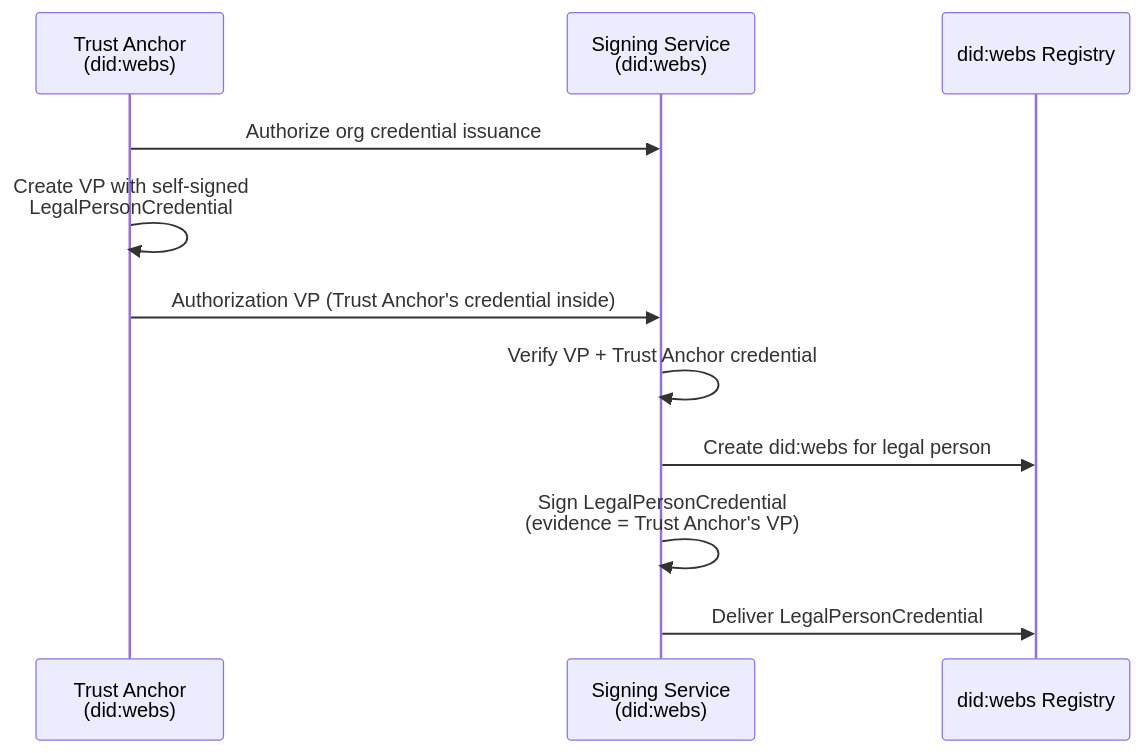
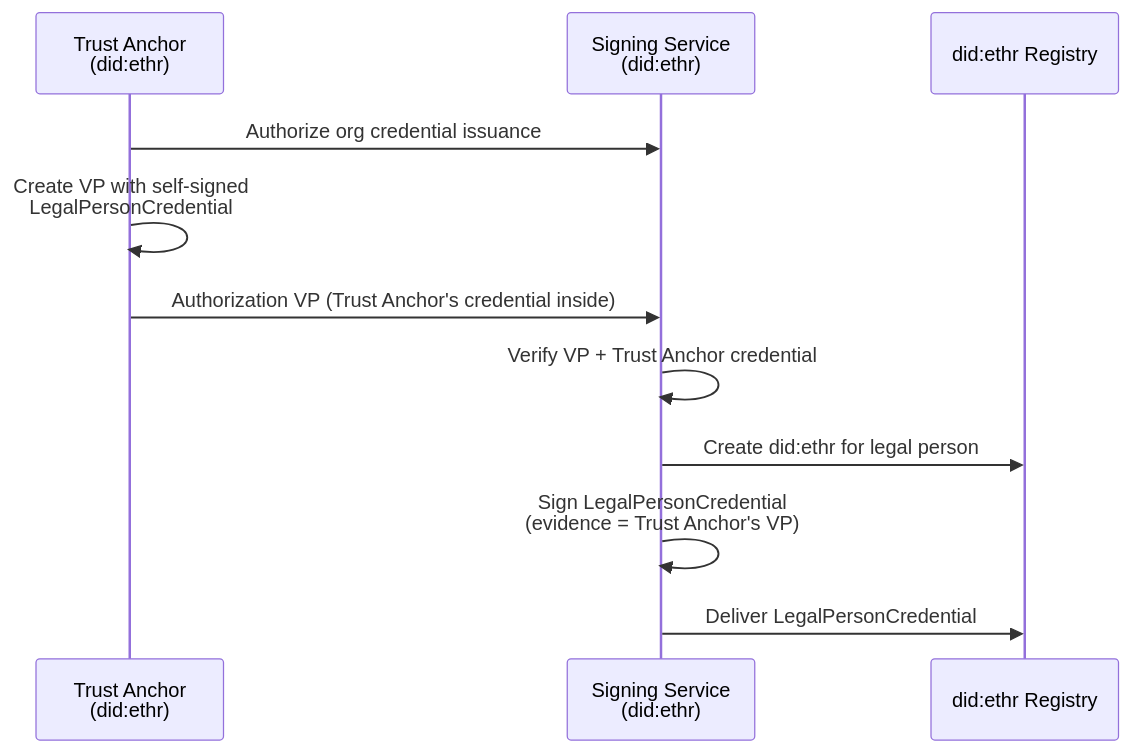
Before and after one commit to reachhaven/harbour-credentials: the second of 5 diagrams in examples/README.md, drawn with Mermaid. The commit also changed other lines of this file and 53 other files, not shown here.

First line of the commit message:
feat: migrate DID method from did:web to did:ethr

````diff
--- a/examples/README.md
+++ b/examples/README.md
@@ -106,14 +106,14 @@
 ```mermaid
 sequenceDiagram
-    participant TA as Trust Anchor<br/>(did:webs)
-    participant SS as Signing Service<br/>(did:webs)
-    participant DW as did:webs Registry
+    participant TA as Trust Anchor<br/>(did:ethr)
+    participant SS as Signing Service<br/>(did:ethr)
+    participant DW as did:ethr Registry
 
     TA->>SS: Authorize org credential issuance
     TA->>TA: Create VP with self-signed<br/>LegalPersonCredential
     TA->>SS: Authorization VP (Trust Anchor's credential inside)
     SS->>SS: Verify VP + Trust Anchor credential
-    SS->>DW: Create did:webs for legal person
+    SS->>DW: Create did:ethr for legal person
     SS->>SS: Sign LegalPersonCredential<br/>(evidence = Trust Anchor's VP)
     SS->>DW: Deliver LegalPersonCredential
 ```
````
